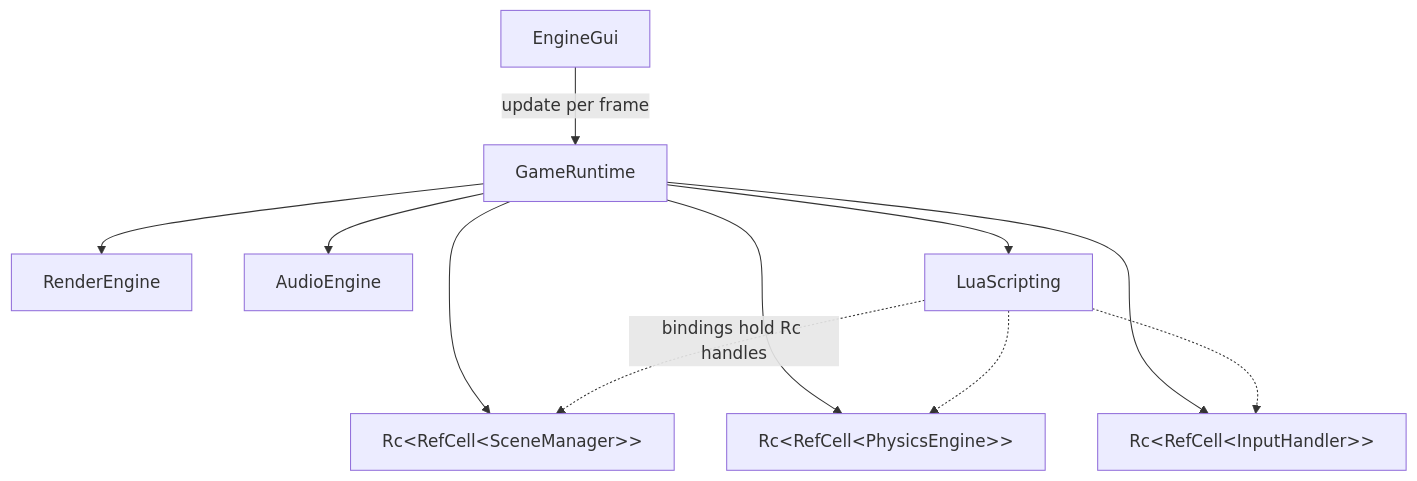
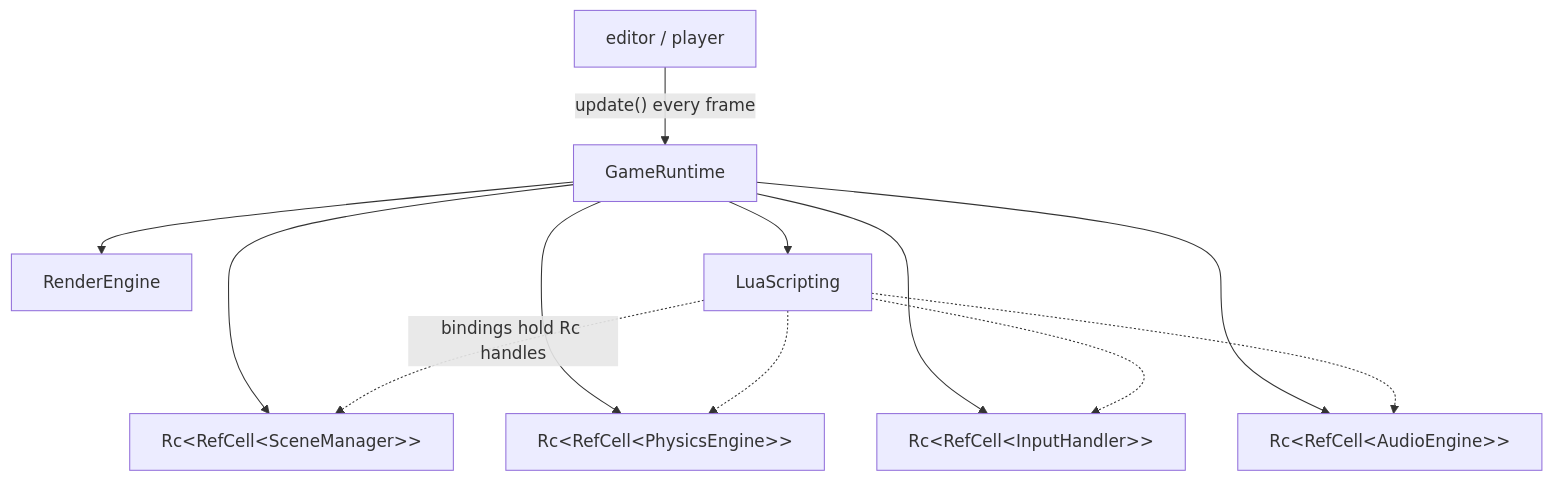
Before and after one commit to gh0stintheshe11/Rust-2D-Game-Engine: the diagram in docs/runtime.md, drawn with Mermaid. The commit also changed other lines of this file and 12 other files, not shown here.

````diff
--- a/docs/runtime.md
+++ b/docs/runtime.md
@@ -9,13 +18,14 @@
 ```mermaid
 graph TD
-    EG[EngineGui] -->|update per frame| GR[GameRuntime]
+    U["editor / player"] -->|"update() every frame"| GR[GameRuntime]
     GR --> SM["Rc&lt;RefCell&lt;SceneManager&gt;&gt;"]
     GR --> PE["Rc&lt;RefCell&lt;PhysicsEngine&gt;&gt;"]
     GR --> IH["Rc&lt;RefCell&lt;InputHandler&gt;&gt;"]
+    GR --> AE["Rc&lt;RefCell&lt;AudioEngine&gt;&gt;"]
     GR --> RE[RenderEngine]
-    GR --> AE[AudioEngine]
     GR --> LS[LuaScripting]
     LS -.->|bindings hold Rc handles| SM
     LS -.-> PE
     LS -.-> IH
+    LS -.-> AE
 ```
````
